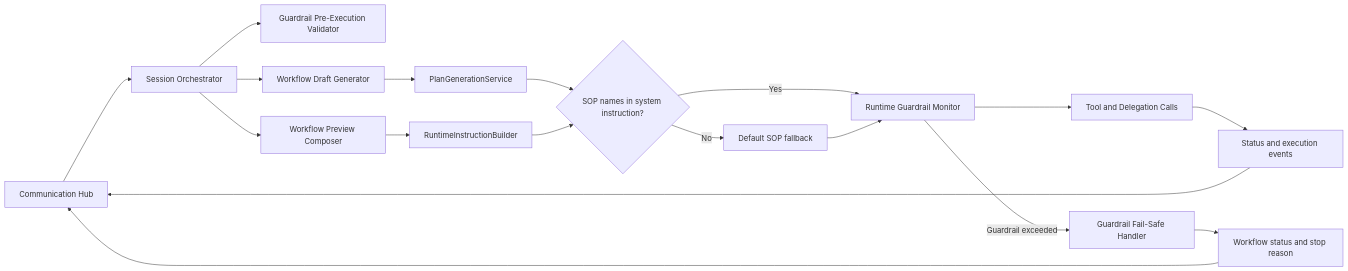
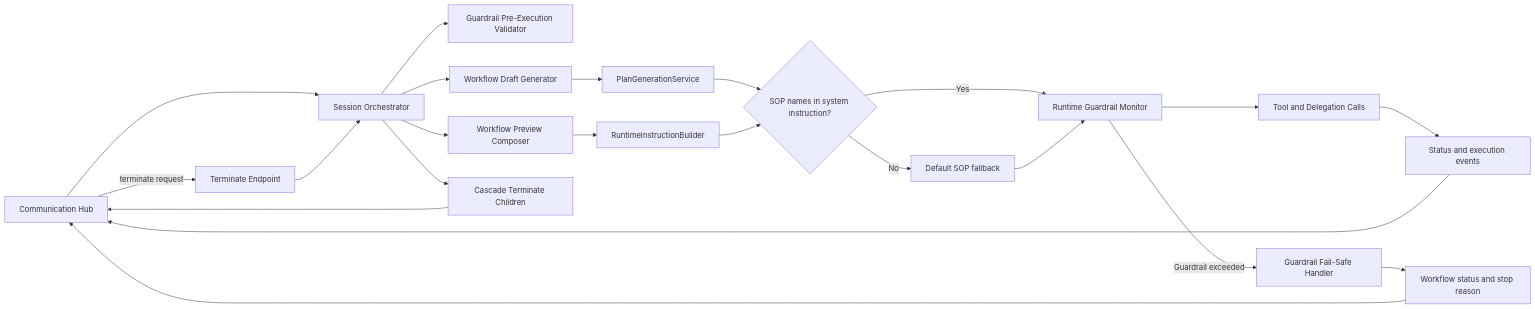
Before and after one commit to hurungang/parthenon: the first of 2 diagrams in docs/master/architecture/modules/agent-runtime/architecture.md, drawn with Mermaid. The commit also changed other lines of this file and 33 other files, not shown here.

````diff
--- a/docs/master/architecture/modules/agent-runtime/architecture.md
+++ b/docs/master/architecture/modules/agent-runtime/architecture.md
@@ -3,35 +9,41 @@
 ```mermaid
 flowchart LR
     CH[Communication Hub]
     ORCH[Session Orchestrator]
     PV[Guardrail Pre-Execution Validator]
     WDG[Workflow Draft Generator]
     WPC[Workflow Preview Composer]
     PGS[PlanGenerationService]
     RIB[RuntimeInstructionBuilder]
     SOP{SOP names in system instruction?}
     DSOP[Default SOP fallback]
     RM[Runtime Guardrail Monitor]
     FS[Guardrail Fail-Safe Handler]
     TC[Tool and Delegation Calls]
     EVT[Status and execution events]
     ST[Workflow status and stop reason]
+    TR[Terminate Endpoint]
+    CB[Cascade Terminate Children]
 
     CH --> ORCH
     ORCH --> PV
     ORCH --> WDG
     ORCH --> WPC
     WDG --> PGS
     WPC --> RIB
     PGS --> SOP
     RIB --> SOP
     SOP -->|No| DSOP
     SOP -->|Yes| RM
     DSOP --> RM
     RM --> TC
     TC --> EVT
     EVT --> CH
     RM -->|Guardrail exceeded| FS
     FS --> ST
     ST --> CH
+    CH -->|terminate request| TR
+    TR --> ORCH
+    ORCH --> CB
+    CB --> CH
 ```
````
